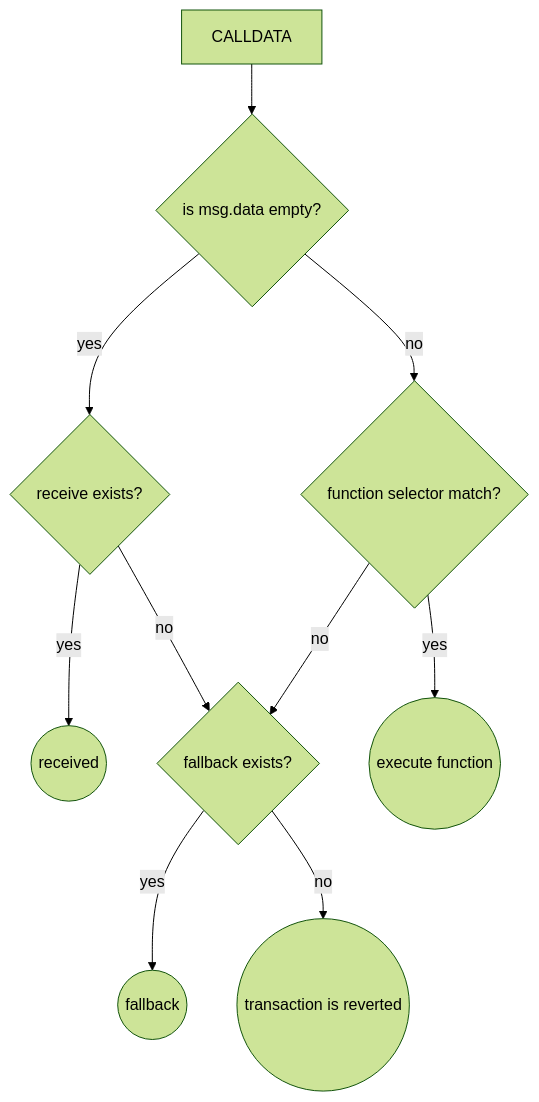
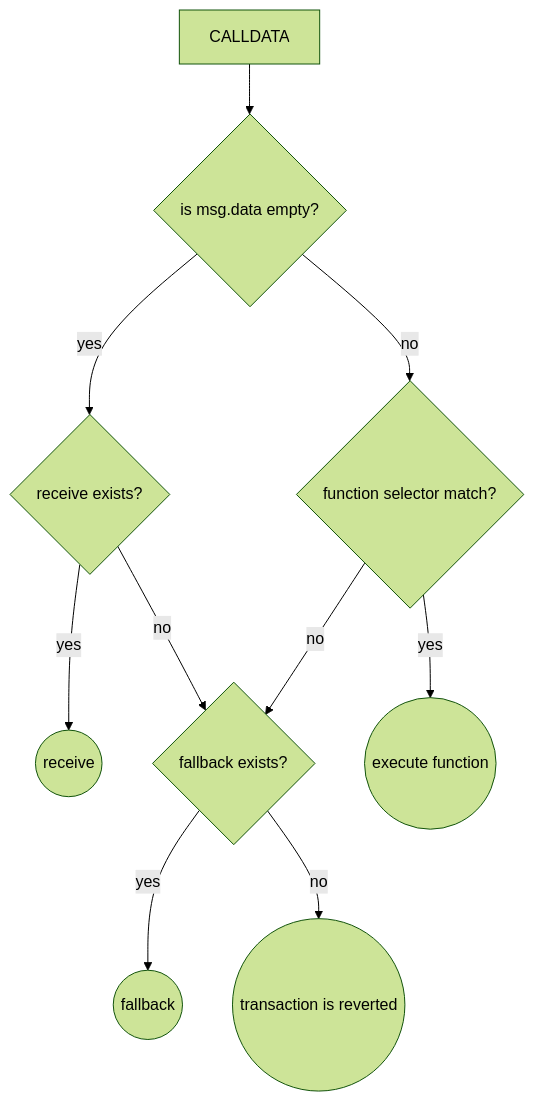
One commit to smartinrub/sergiomartinrubio.com changed the diagram in _posts/2023-02-17-solidity-fallback-and-receive-functions.md. Above: the diagram before and after it, drawn with Mermaid (forest theme). The commit also changed other lines of this file and 29 other files, not shown here.

````diff
--- a/_posts/2023-02-17-solidity-fallback-and-receive-functions.md
+++ b/_posts/2023-02-17-solidity-fallback-and-receive-functions.md
@@ -18,13 +18,13 @@
 ```mermaid
 flowchart TD;
 
     CALLDATA --> A
     A{is msg.data empty?} --> |yes|B{receive exists?};
     A --> |no|C{function selector match?}
-    B --> |yes|G((received))
+    B --> |yes|G((receive))
     B --> |no|D{fallback exists?}
     D --> |yes|H((fallback))
     D --> |no|F((transaction is reverted))
     C --> |no|D
     C --> |yes|E((execute function))
 ```
````
